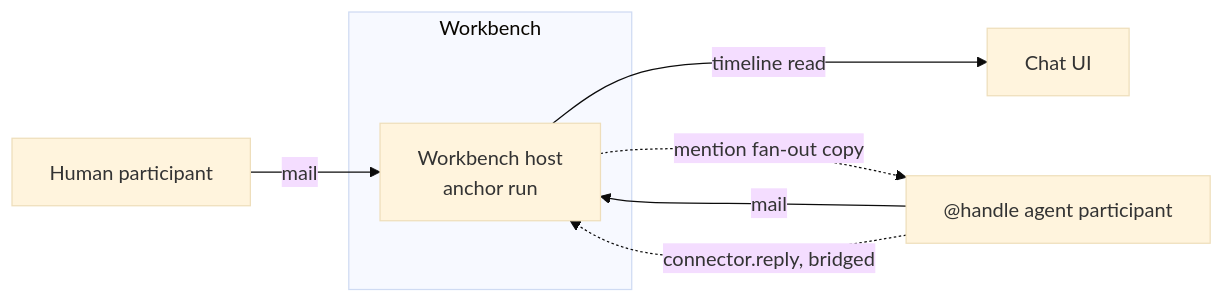
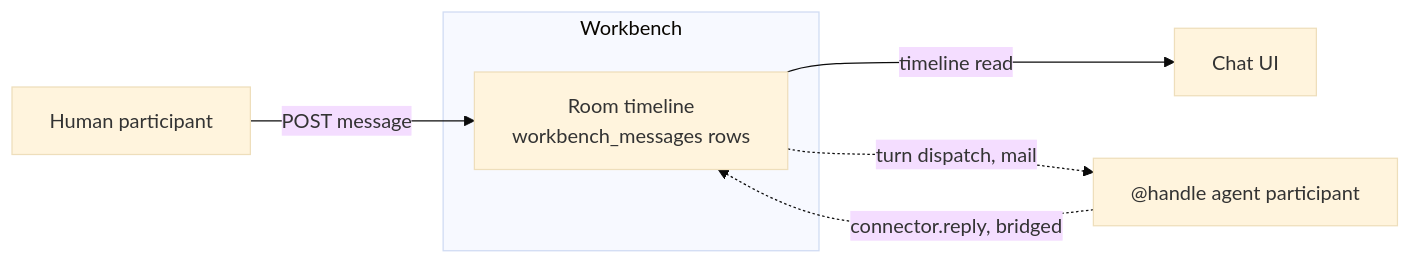
The diagram in docs/CHAT.md (corbitsdev/workbench), drawn with Mermaid (base theme) before and after one commit. The commit also changed other lines of this file and 2 other files, not shown here.

Commit message:
Update docs: workbench has no anchor run (CL-6330)

````diff
--- a/docs/CHAT.md
+++ b/docs/CHAT.md
@@ -30,11 +30,10 @@
 ```mermaid
 flowchart LR
     subgraph Workbench
-        Host[Workbench host<br/>anchor run]
+        Room[Room timeline<br/>workbench_messages rows]
     end
-    Alice[Human participant] -->|mail| Host
-    Bot["@handle agent participant"] -->|mail| Host
-    Host -->|timeline read| UI[Chat UI]
-    Host -.->|mention fan-out copy| Bot
-    Bot -.->|connector.reply, bridged| Host
+    Alice[Human participant] -->|POST message| Room
+    Room -->|timeline read| UI[Chat UI]
+    Room -.->|turn dispatch, mail| Bot["@handle agent participant"]
+    Bot -.->|connector.reply, bridged| Room
 ```
````
